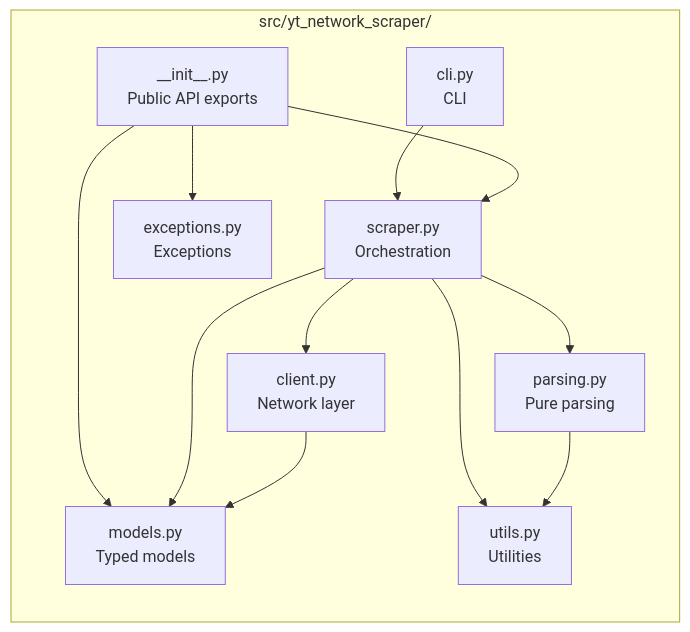
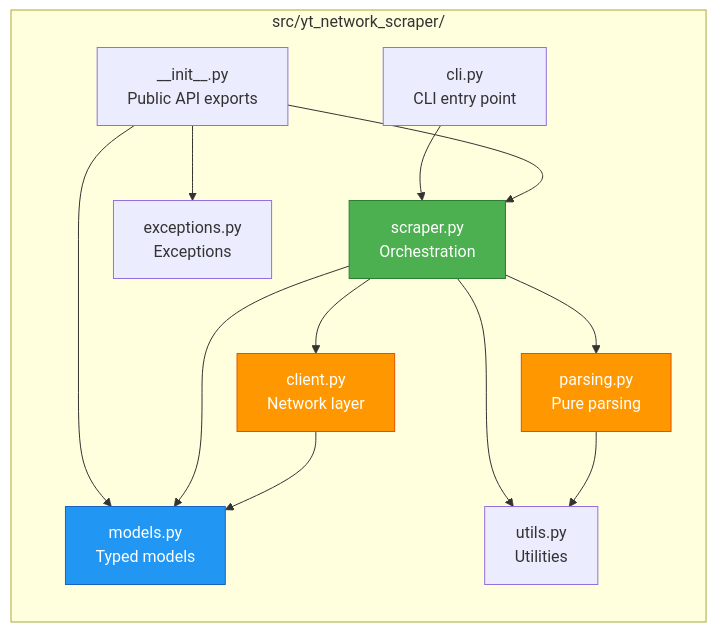
The diagram in docs/images/module-graph.mmd (DIP-RO/youtube-scrapper), drawn with Mermaid before and after one commit. The commit also changed 8 other files, not shown here.

First line of the commit message:
Redesign diagrams: compact 4-step flowchart with color-coded PNG

```diff
--- a/docs/images/module-graph.mmd
+++ b/docs/images/module-graph.mmd
@@ -1,22 +1,27 @@
-graph LR
+flowchart LR
     subgraph "src/yt_network_scraper/"
         __init__["__init__.py<br/>Public API exports"]
+        cli["cli.py<br/>CLI entry point"]
+        scraper["scraper.py<br/>Orchestration"]
         client["client.py<br/>Network layer"]
-        scraper["scraper.py<br/>Orchestration"]
         parsing["parsing.py<br/>Pure parsing"]
         models["models.py<br/>Typed models"]
         exceptions["exceptions.py<br/>Exceptions"]
         utils["utils.py<br/>Utilities"]
-        cli["cli.py<br/>CLI"]
     end
 
     cli --> scraper
     __init__ --> scraper
     __init__ --> models
     __init__ --> exceptions
     scraper --> client
     scraper --> parsing
     scraper --> utils
     scraper --> models
     parsing --> utils
     client --> models
+
+    style scraper fill:#4CAF50,stroke:#2E7D32,color:#fff
+    style client fill:#FF9800,stroke:#E65100,color:#fff
+    style parsing fill:#FF9800,stroke:#E65100,color:#fff
+    style models fill:#2196F3,stroke:#1565C0,color:#fff
```
